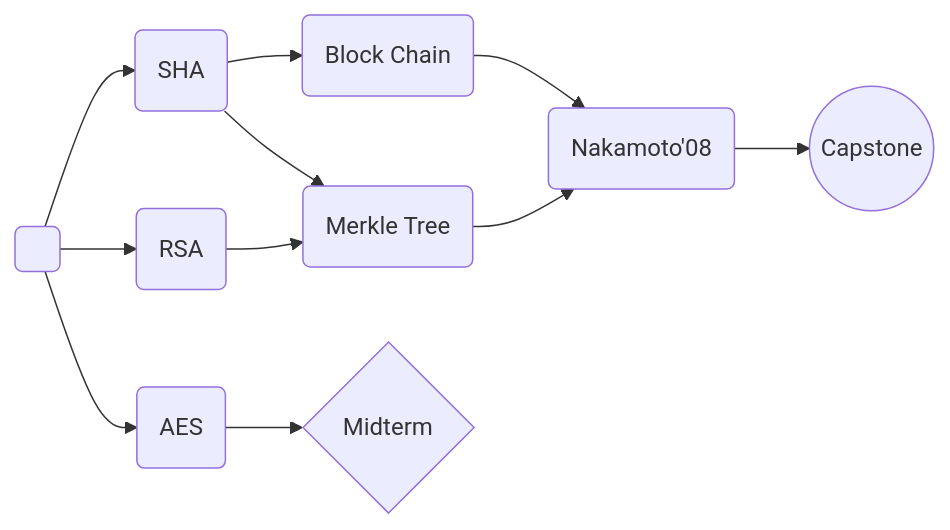
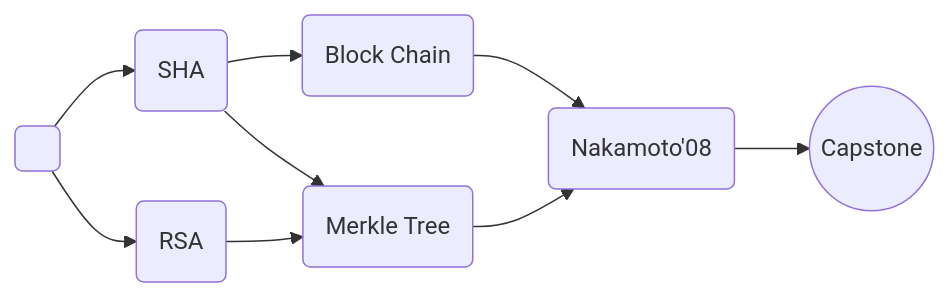
Before and after one commit to cd-public/crypto: the first of 13 diagrams in qmd/src/podman.qmd, drawn with Mermaid. The commit also changed other lines of this file and 81 other files, not shown here.

````diff
--- a/qmd/src/podman.qmd
+++ b/qmd/src/podman.qmd
@@ -247,14 +230,12 @@
 ```{mermaid}
 %%| theme: Darkly
 flowchart LR
   A( ) --> B(SHA)
   A --> C(RSA)
-  A --> D(AES)
-  D --> H{Midterm}
   B --> E(Block Chain)
   C --> F(Merkle Tree)
   B --> F
   E --> G(Nakamoto'08)
   F --> G
   G --> I((Capstone))
 ```
````
